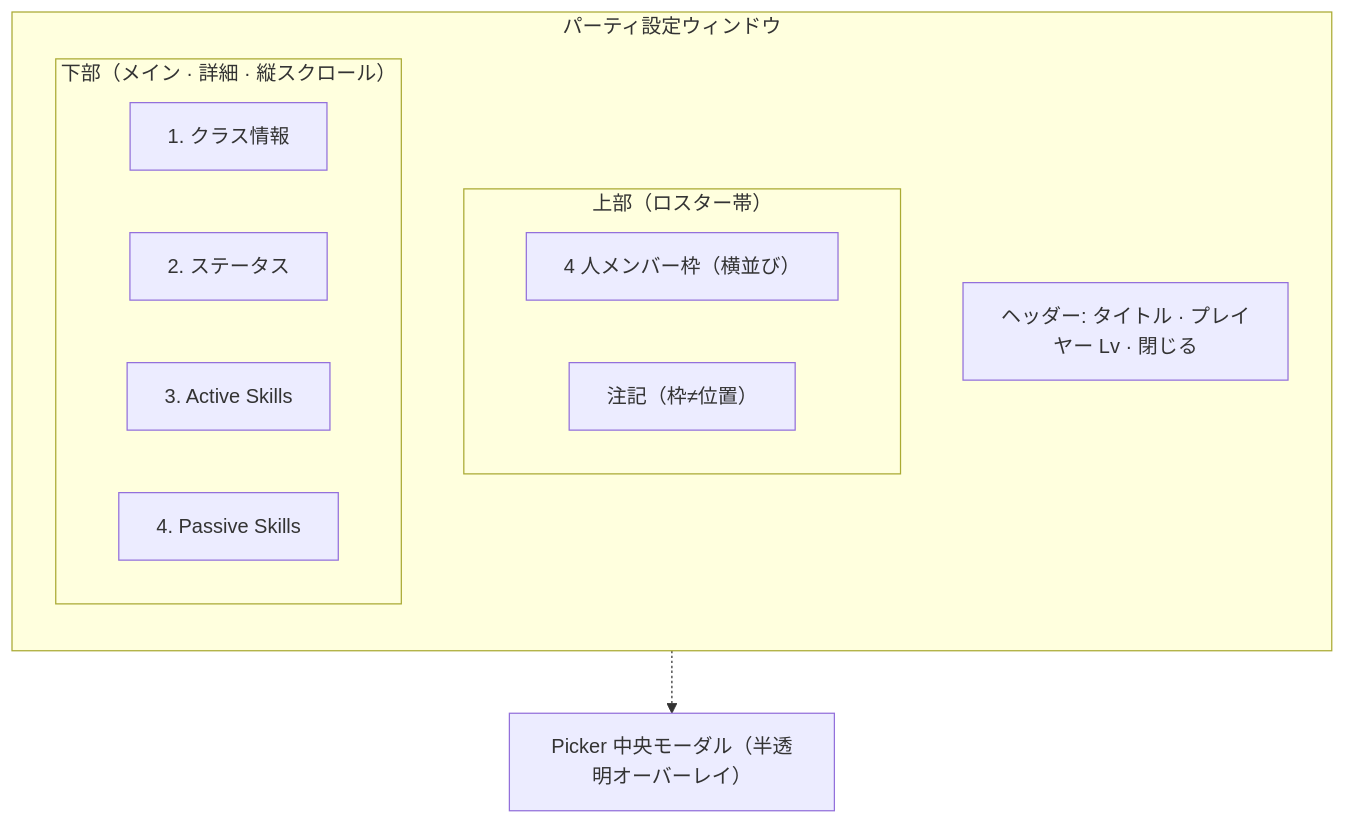
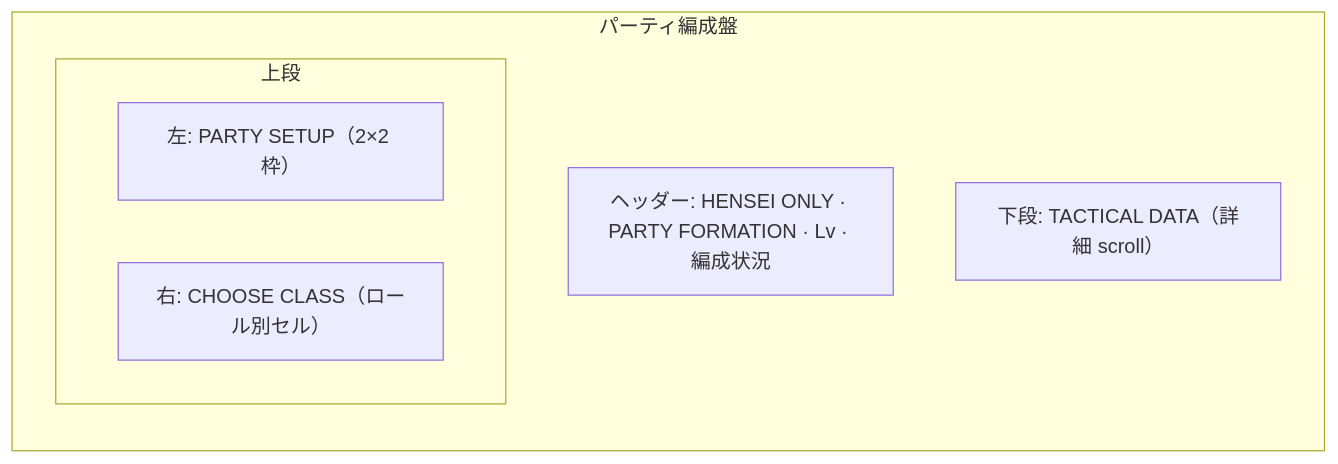
One commit to sucRo0629/auto-battle-idle changed the diagram in docs/spec/party-formation-ui.md. Above: the diagram before and after it, drawn with Mermaid. The commit also changed other lines of this file and 20 other files, not shown here.

````diff
--- a/docs/spec/party-formation-ui.md
+++ b/docs/spec/party-formation-ui.md
@@ -76,19 +74,13 @@
 ```mermaid
 flowchart TB
-  subgraph win["パーティ設定ウィンドウ"]
+  subgraph win["パーティ編成盤"]
     direction TB
-    bar["ヘッダー: タイトル · プレイヤー Lv · 閉じる"]
-    subgraph roster["上部（ロスター帯）"]
-      R0["4 人メンバー枠（横並び）"]
-      R1["注記（枠≠位置）"]
+    bar["ヘッダー: HENSEI ONLY · PARTY FORMATION · Lv · 編成状況"]
+    subgraph upper["上段"]
+      direction LR
+      roster["左: PARTY SETUP（2×2 枠）"]
+      archive["右: CHOOSE CLASS（ロール別セル）"]
     end
-    subgraph detail["下部（メイン · 詳細 · 縦スクロール）"]
-      D1["1. クラス情報"]
-      D2["2. ステータス"]
-      D3["3. Active Skills"]
-      D4["4. Passive Skills"]
-    end
+    detail["下段: TACTICAL DATA（詳細 scroll）"]
   end
-  picker["Picker 中央モーダル（半透明オーバーレイ）"]
-  win -.-> picker
 ```
````
